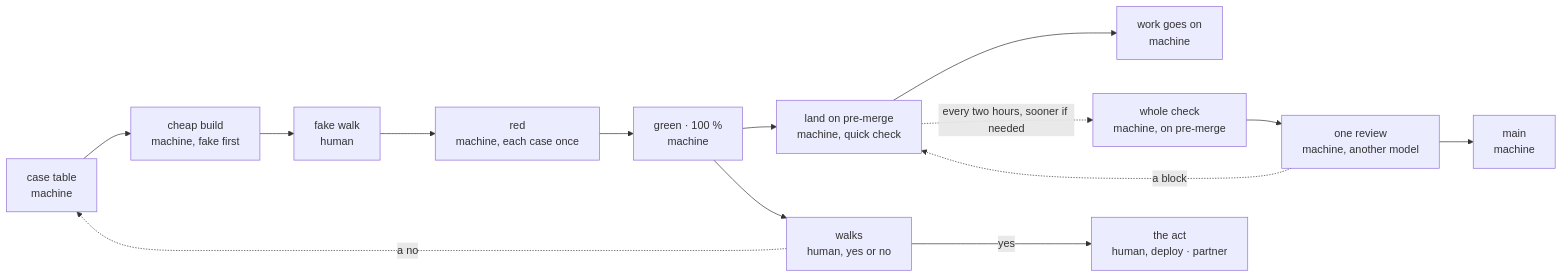
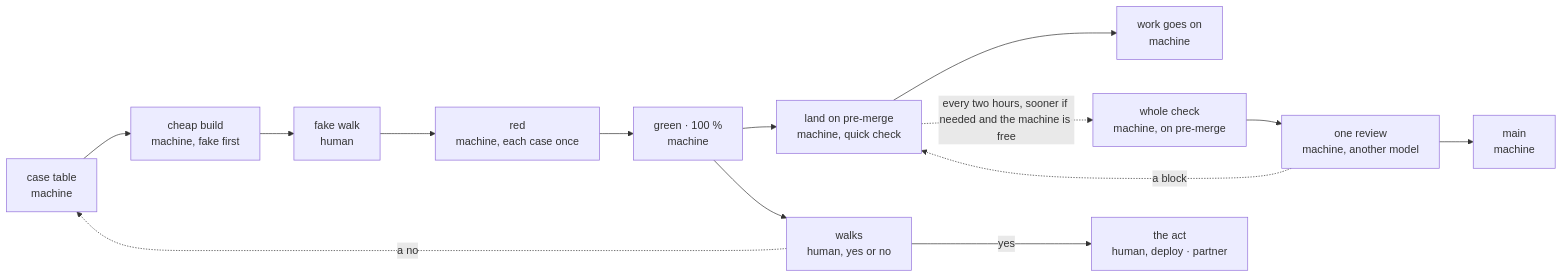
One commit to ancJ29/credo changed the diagram in docs/conventions/qa.md. Above: the diagram before and after it, drawn with Mermaid. The commit also changed other lines of this file and 12 other files, not shown here.

````diff
--- a/docs/conventions/qa.md
+++ b/docs/conventions/qa.md
@@ -16,15 +16,15 @@
 ```mermaid
 flowchart LR
   table["case table<br/>machine"] --> cheap["cheap build<br/>machine, fake first"]
   cheap --> look["fake walk<br/>human"] --> red["red<br/>machine, each case once"]
   red --> green["green · 100 %<br/>machine"]
   green --> merge["land on pre-merge<br/>machine, quick check"]
   merge --> on["work goes on<br/>machine"]
-  merge -. every two hours, sooner if needed .-> whole["whole check<br/>machine, on pre-merge"]
+  merge -. every two hours, sooner if needed and the machine is free .-> whole["whole check<br/>machine, on pre-merge"]
   whole --> review["one review<br/>machine, another model"]
   review --> main["main<br/>machine"]
   green --> walks["walks<br/>human, yes or no"]
   walks -- yes --> act["the act<br/>human, deploy · partner"]
   review -. a block .-> merge
   walks -. a no .-> table
 ```
````
